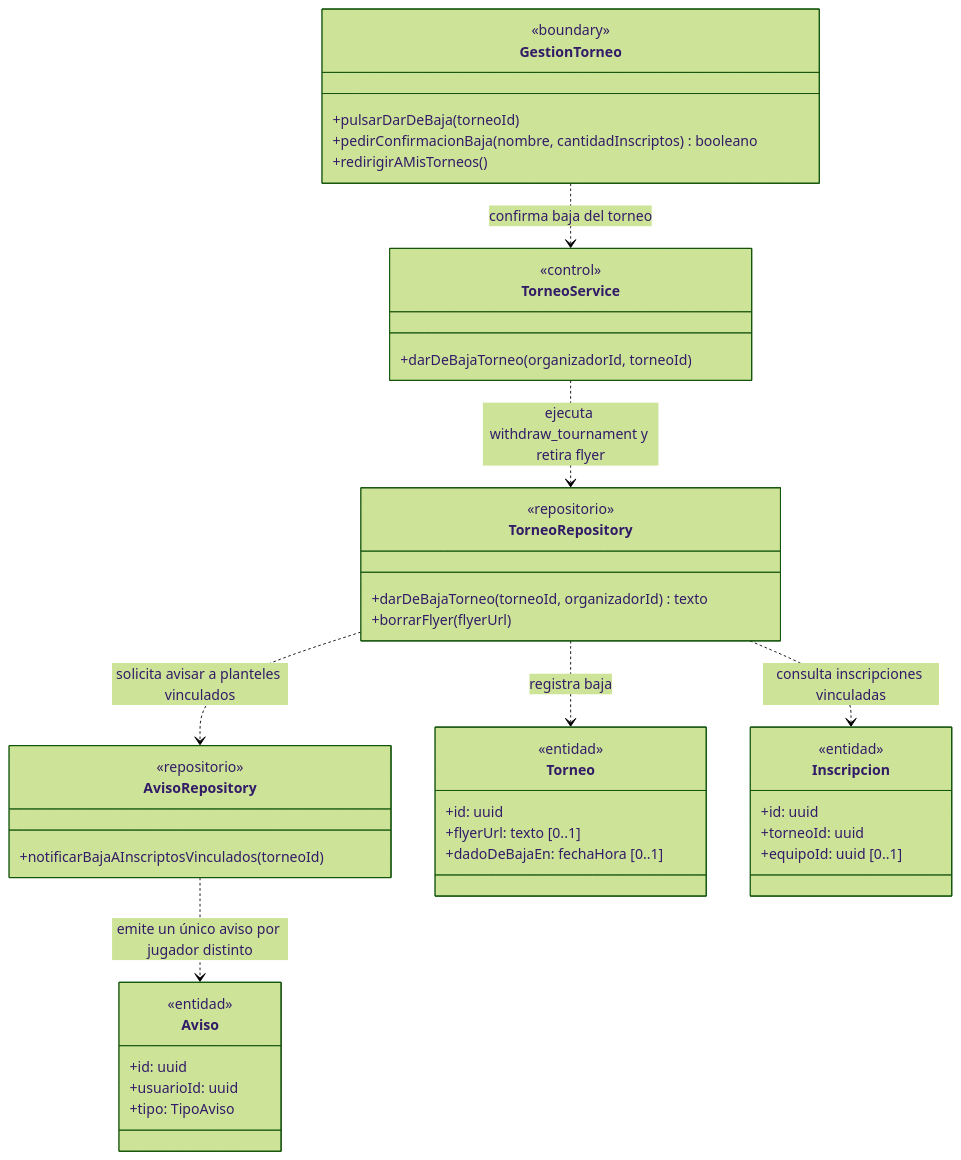
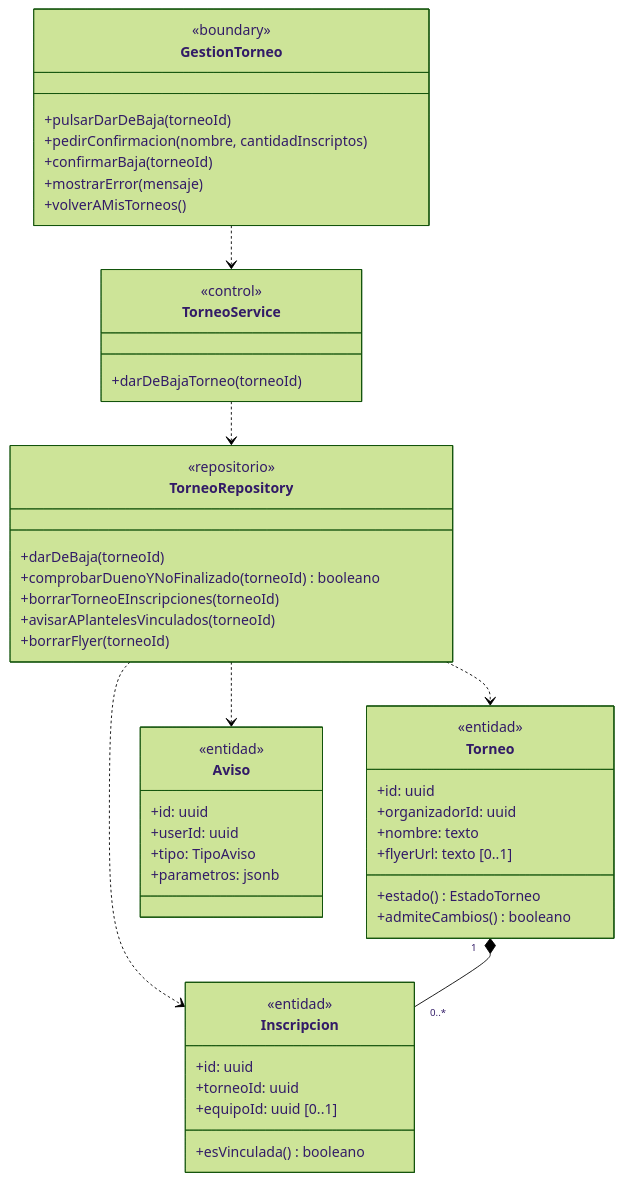
The sixth of 8 diagrams in docs/diagramas-de-clase/organizador.md (nicqletal/torneos-scraper), drawn with Mermaid (forest theme) before and after one commit. The commit also changed other lines of this file and 13 other files, not shown here.

````diff
--- a/docs/diagramas-de-clase/organizador.md
+++ b/docs/diagramas-de-clase/organizador.md
@@ -357,47 +428,52 @@
 ```mermaid
 classDiagram
-direction TB
 class GestionTorneo {
   <<boundary>>
   +pulsarDarDeBaja(torneoId)
-  +pedirConfirmacionBaja(nombre, cantidadInscriptos) booleano
-  +redirigirAMisTorneos()
+  +pedirConfirmacion(nombre, cantidadInscriptos)
+  +confirmarBaja(torneoId)
+  +mostrarError(mensaje)
+  +volverAMisTorneos()
 }
 class TorneoService {
   <<control>>
-  +darDeBajaTorneo(organizadorId, torneoId)
+  +darDeBajaTorneo(torneoId)
 }
 class TorneoRepository {
   <<repositorio>>
-  +darDeBajaTorneo(torneoId, organizadorId) texto
-  +borrarFlyer(flyerUrl)
-}
-class AvisoRepository {
-  <<repositorio>>
-  +notificarBajaAInscriptosVinculados(torneoId)
+  +darDeBaja(torneoId)
+  +comprobarDuenoYNoFinalizado(torneoId) booleano
+  +borrarTorneoEInscripciones(torneoId)
+  +avisarAPlantelesVinculados(torneoId)
+  +borrarFlyer(torneoId)
 }
 class Torneo {
   <<entidad>>
   +id: uuid
+  +organizadorId: uuid
+  +nombre: texto
   +flyerUrl: texto [0..1]
-  +dadoDeBajaEn: fechaHora [0..1]
+  +estado() EstadoTorneo
+  +admiteCambios() booleano
 }
 class Inscripcion {
   <<entidad>>
   +id: uuid
   +torneoId: uuid
   +equipoId: uuid [0..1]
+  +esVinculada() booleano
 }
 class Aviso {
   <<entidad>>
   +id: uuid
-  +usuarioId: uuid
+  +userId: uuid
   +tipo: TipoAviso
+  +parametros: jsonb
 }
-GestionTorneo ..> TorneoService : confirma baja del torneo
-TorneoService ..> TorneoRepository : ejecuta withdraw_tournament y retira flyer
-TorneoRepository ..> AvisoRepository : solicita avisar a planteles vinculados
-TorneoRepository ..> Torneo : registra baja
-TorneoRepository ..> Inscripcion : consulta inscripciones vinculadas
-AvisoRepository ..> Aviso : emite un único aviso por jugador distinto
+GestionTorneo ..> TorneoService
+TorneoService ..> TorneoRepository
+TorneoRepository ..> Torneo
+TorneoRepository ..> Inscripcion
+TorneoRepository ..> Aviso
+Torneo "1" *-- "0..*" Inscripcion
 ```
````
